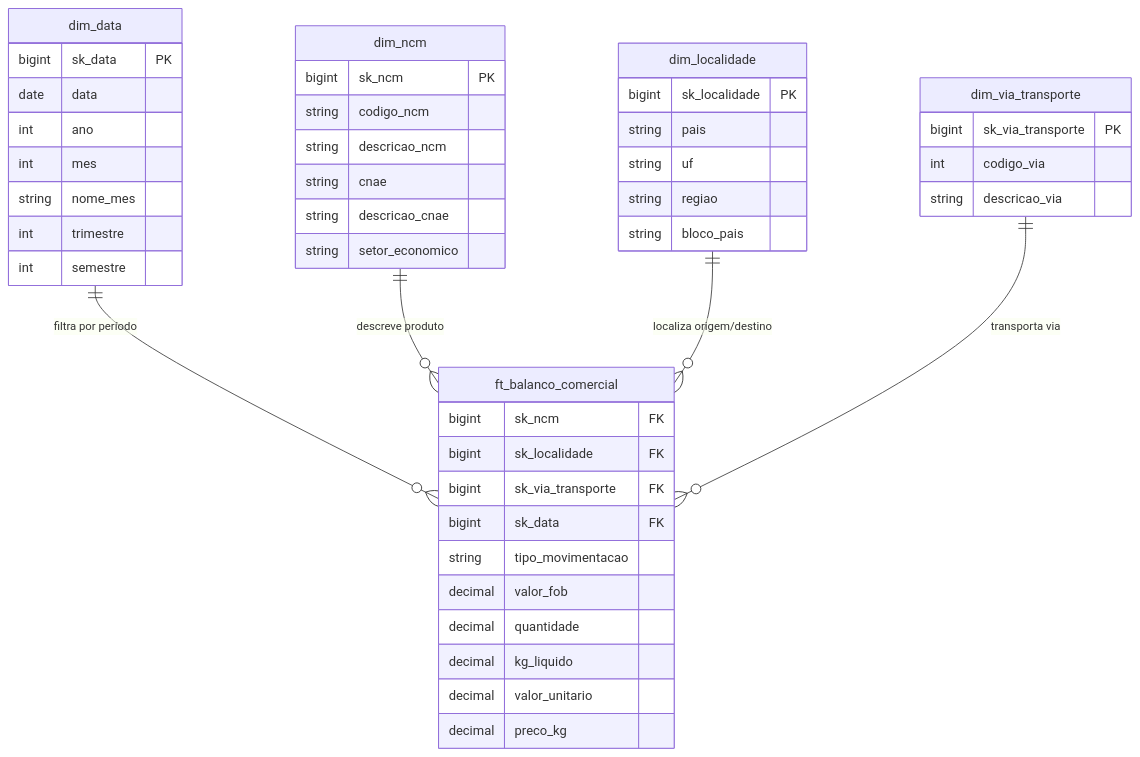
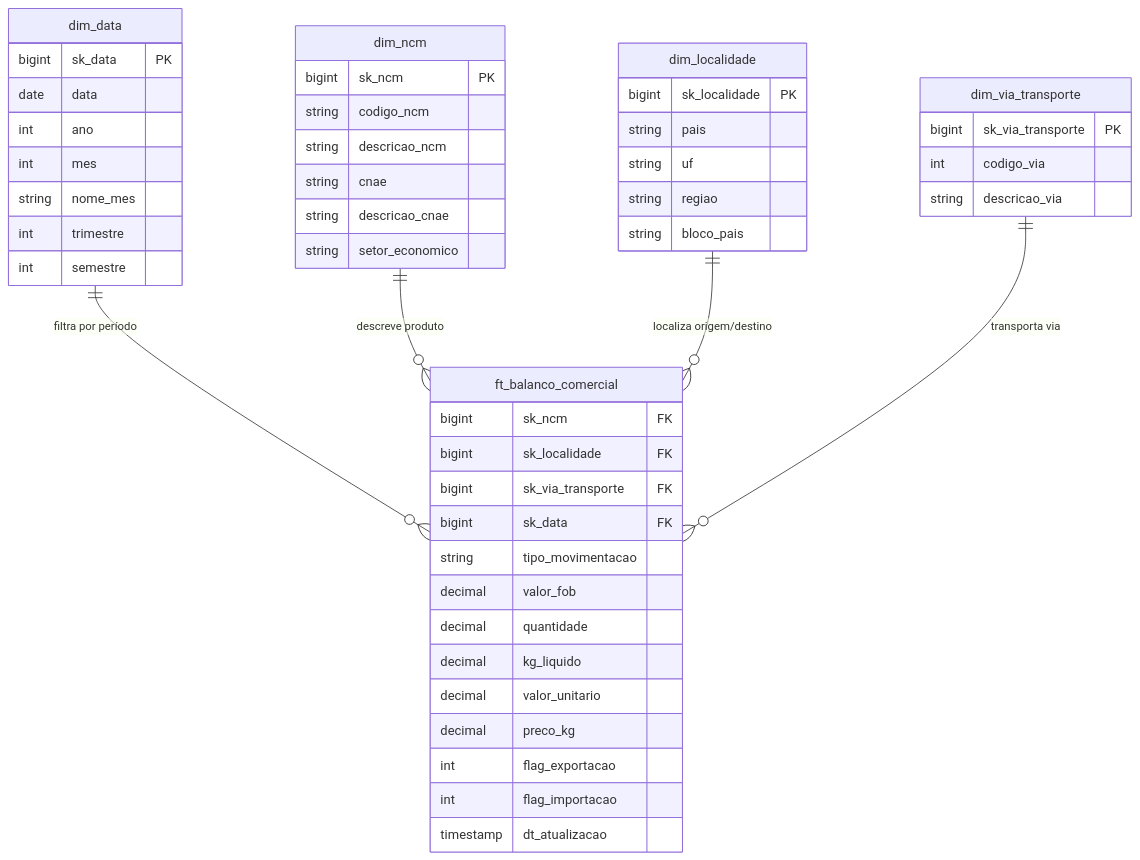
The first of 2 diagrams in docs/manual/04_arquitetura_detalhada.md (devdiasbr/databricks-challenge), drawn with Mermaid before and after one commit.

Commit message:
docs: atualiza diagrama ER em 04_arquitetura_detalhada.md com colunas faltantes na fato

````diff
--- a/docs/manual/04_arquitetura_detalhada.md
+++ b/docs/manual/04_arquitetura_detalhada.md
@@ -57,53 +57,56 @@
 ```mermaid
 erDiagram
     ft_balanco_comercial {
         bigint sk_ncm FK
         bigint sk_localidade FK
         bigint sk_via_transporte FK
         bigint sk_data FK
         string tipo_movimentacao
         decimal valor_fob
         decimal quantidade
         decimal kg_liquido
         decimal valor_unitario
         decimal preco_kg
+        int flag_exportacao
+        int flag_importacao
+        timestamp dt_atualizacao
     }
 
     dim_data {
         bigint sk_data PK
         date data
         int ano
         int mes
         string nome_mes
         int trimestre
         int semestre
     }
 
     dim_ncm {
         bigint sk_ncm PK
         string codigo_ncm
         string descricao_ncm
         string cnae
         string descricao_cnae
         string setor_economico
     }
 
     dim_localidade {
         bigint sk_localidade PK
         string pais
         string uf
         string regiao
         string bloco_pais
     }
 
     dim_via_transporte {
         bigint sk_via_transporte PK
         int codigo_via
         string descricao_via
     }
 
     dim_data ||--o{ ft_balanco_comercial : "filtra por período"
     dim_ncm ||--o{ ft_balanco_comercial : "descreve produto"
     dim_localidade ||--o{ ft_balanco_comercial : "localiza origem/destino"
     dim_via_transporte ||--o{ ft_balanco_comercial : "transporta via"
 ```
````
